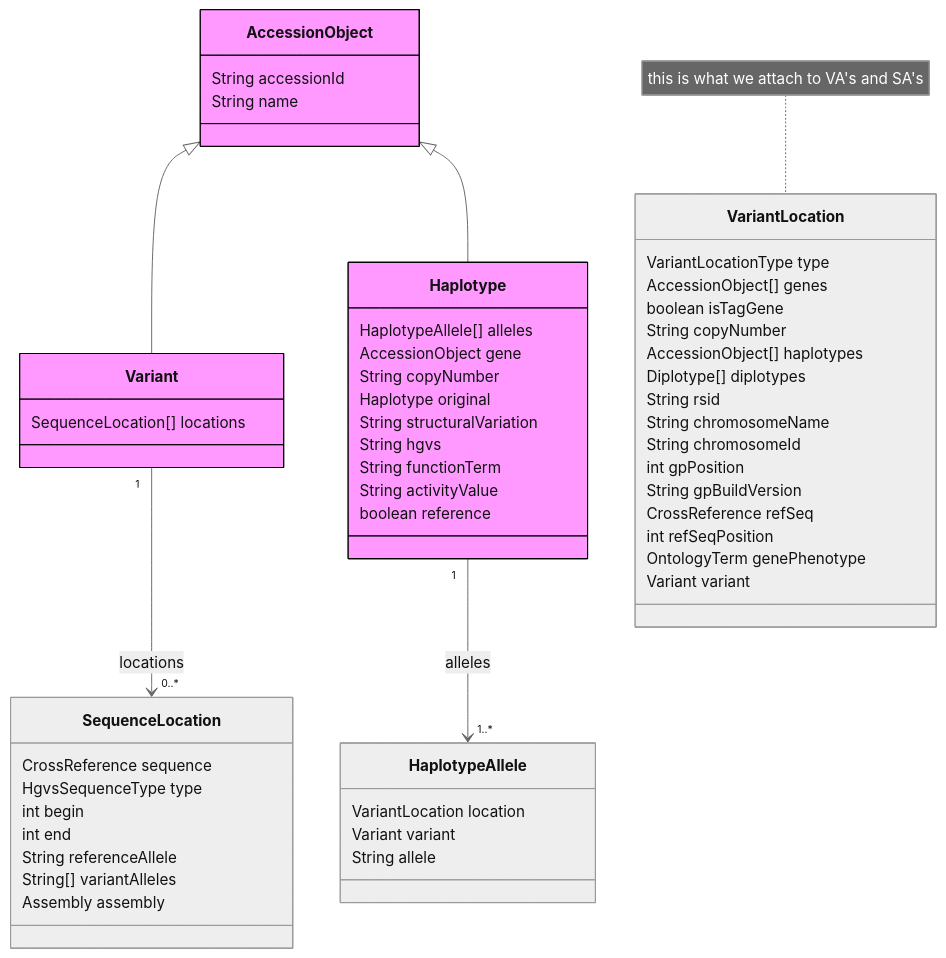
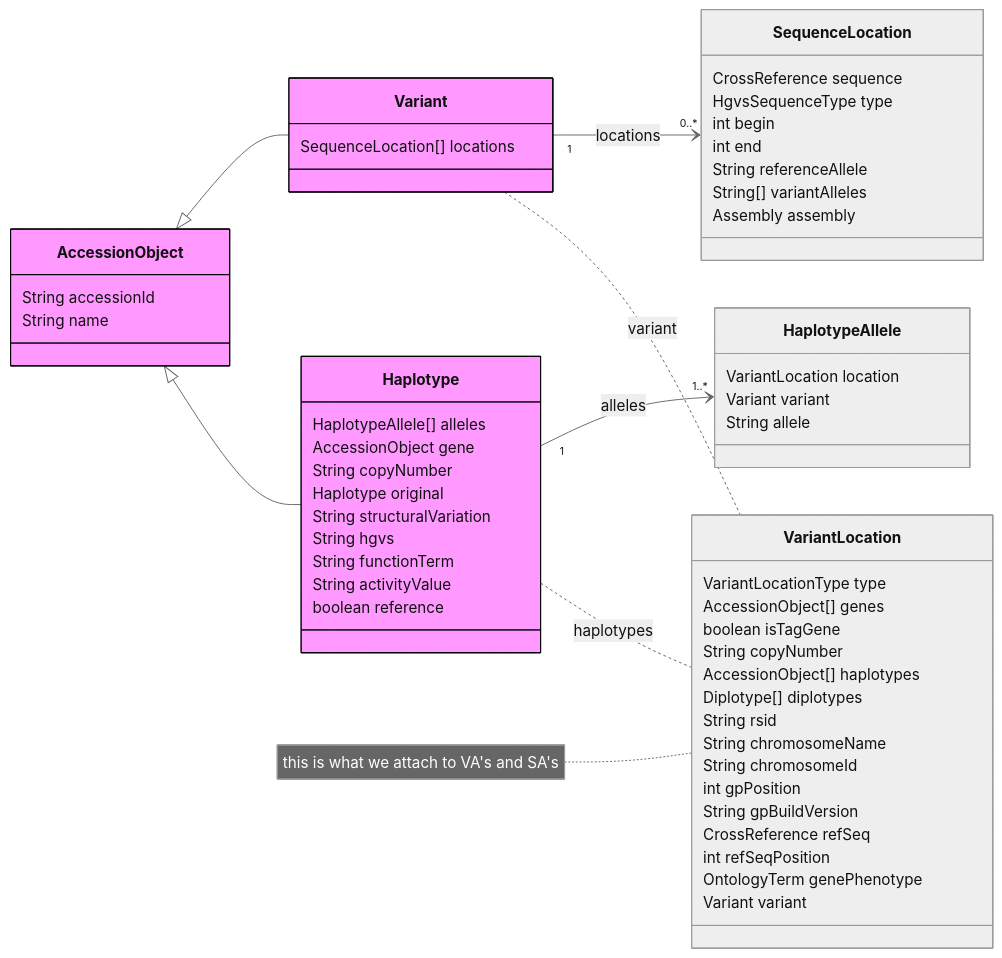
The first of 2 diagrams in slides.md (whaleyr/ga4gh-vrs-clinpgx), drawn with Mermaid (neutral theme) before and after one commit. The commit also changed other lines of this file and 1 other file, not shown here.

````diff
--- a/slides.md
+++ b/slides.md
@@ -84,48 +84,51 @@
 ```mermaid {scale: 0.45}
 classDiagram
+    direction LR
     AccessionObject <|-- Variant
     AccessionObject <|-- Haplotype
     AccessionObject: String accessionId
     AccessionObject: String name
     style AccessionObject fill:#f9f, stroke: #000
     Variant: SequenceLocation[] locations
     style Variant fill:#f9f, stroke: #000
     SequenceLocation: CrossReference sequence
     SequenceLocation: HgvsSequenceType type
     SequenceLocation: int begin
     SequenceLocation: int end
     SequenceLocation: String referenceAllele
     SequenceLocation: String[] variantAlleles
     SequenceLocation: Assembly assembly
     Variant "1" --> "0..*" SequenceLocation: locations
     Haplotype: HaplotypeAllele[] alleles
     Haplotype: AccessionObject gene
     Haplotype: String copyNumber
     Haplotype: Haplotype original
     Haplotype: String structuralVariation
     Haplotype: String hgvs
     Haplotype: String functionTerm
     Haplotype: String activityValue
     Haplotype: boolean reference
     style Haplotype fill:#f9f, stroke: #000
     Haplotype "1" --> "1..*" HaplotypeAllele: alleles
     HaplotypeAllele: VariantLocation location
     HaplotypeAllele: Variant variant
     HaplotypeAllele: String allele
     VariantLocation: VariantLocationType type
     VariantLocation: AccessionObject[] genes
     VariantLocation: boolean isTagGene
     VariantLocation: String copyNumber
     VariantLocation: AccessionObject[] haplotypes
     VariantLocation: Diplotype[] diplotypes
     VariantLocation: String rsid
     VariantLocation: String chromosomeName
     VariantLocation: String chromosomeId
     VariantLocation: int gpPosition
     VariantLocation: String gpBuildVersion
     VariantLocation: CrossReference refSeq
     VariantLocation: int refSeqPosition
     VariantLocation: OntologyTerm genePhenotype
     VariantLocation: Variant variant
     note for VariantLocation "this is what we attach to VA's and SA's"
+    Haplotype .. VariantLocation: haplotypes
+    Variant .. VariantLocation: variant
 ```
````
